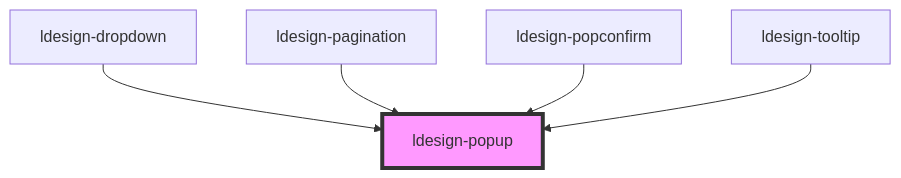
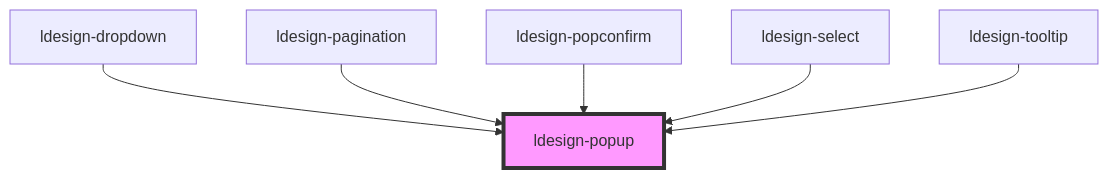
The diagram in packages/webcomponent/src/components/popup/readme.md (poly1603/ldesign), drawn with Mermaid before and after one commit. The commit also changed other lines of this file and 16 other files, not shown here.

````diff
--- a/packages/webcomponent/src/components/popup/readme.md
+++ b/packages/webcomponent/src/components/popup/readme.md
@@ -92,8 +95,9 @@
 ```mermaid
 graph TD;
   ldesign-dropdown --> ldesign-popup
   ldesign-pagination --> ldesign-popup
   ldesign-popconfirm --> ldesign-popup
+  ldesign-select --> ldesign-popup
   ldesign-tooltip --> ldesign-popup
   style ldesign-popup fill:#f9f,stroke:#333,stroke-width:4px
 ```
````
